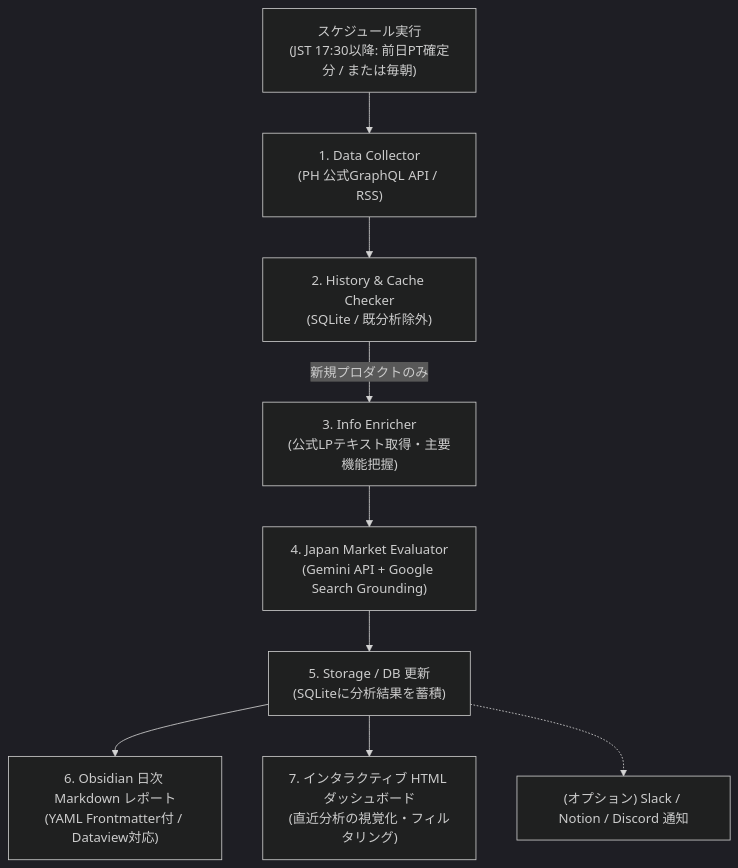
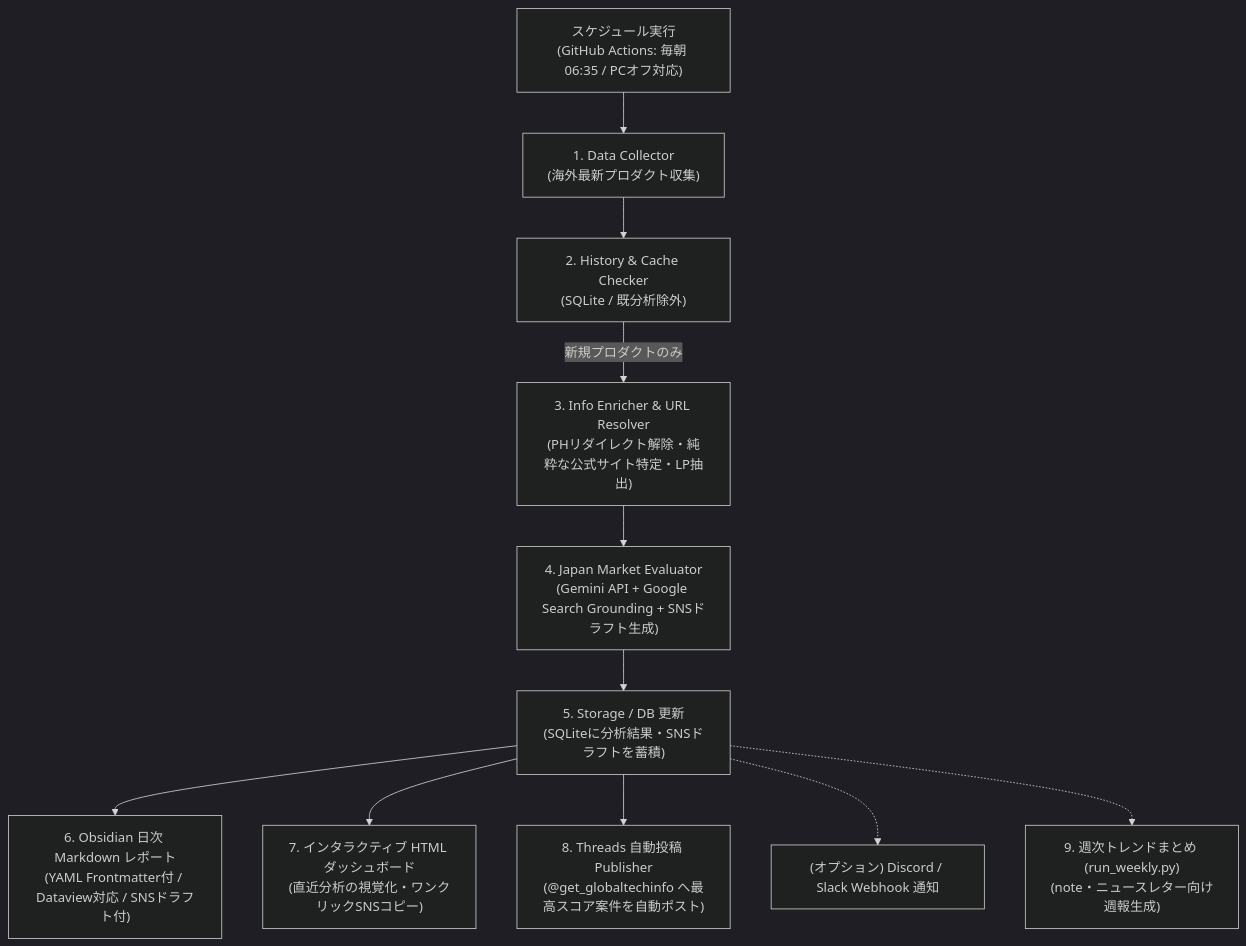
One commit to yugom2o/ph-dashboard changed the diagram in 00_システム設計・実装計画.md. Above: the diagram before and after it, drawn with Mermaid (dark theme). The commit also changed other lines of this file, not shown here.

````diff
--- a/00_システム設計・実装計画.md
+++ b/00_システム設計・実装計画.md
@@ -9,11 +9,13 @@
 ```mermaid
 flowchart TD
-    A["スケジュール実行\n(JST 17:30以降: 前日PT確定分 / または毎朝)"] --> B["1. Data Collector\n(PH 公式GraphQL API / RSS)"]
+    A["スケジュール実行\n(GitHub Actions: 毎朝 06:35 / PCオフ対応)"] --> B["1. Data Collector\n(海外最新プロダクト収集)"]
     B --> C["2. History & Cache Checker\n(SQLite / 既分析除外)"]
-    C -->|"新規プロダクトのみ"| D["3. Info Enricher\n(公式LPテキスト取得・主要機能把握)"]
-    D --> E["4. Japan Market Evaluator\n(Gemini API + Google Search Grounding)"]
-    E --> F["5. Storage / DB 更新\n(SQLiteに分析結果を蓄積)"]
-    F --> G["6. Obsidian 日次 Markdown レポート\n(YAML Frontmatter付 / Dataview対応)"]
-    F --> H["7. インタラクティブ HTML ダッシュボード\n(直近分析の視覚化・フィルタリング)"]
-    F -.-> I["(オプション) Slack / Notion / Discord 通知"]
+    C -->|"新規プロダクトのみ"| D["3. Info Enricher & URL Resolver\n(PHリダイレクト解除・純粋な公式サイト特定・LP抽出)"]
+    D --> E["4. Japan Market Evaluator\n(Gemini API + Google Search Grounding + SNSドラフト生成)"]
+    E --> F["5. Storage / DB 更新\n(SQLiteに分析結果・SNSドラフトを蓄積)"]
+    F --> G["6. Obsidian 日次 Markdown レポート\n(YAML Frontmatter付 / Dataview対応 / SNSドラフト付)"]
+    F --> H["7. インタラクティブ HTML ダッシュボード\n(直近分析の視覚化・ワンクリックSNSコピー)"]
+    F --> J["8. Threads 自動投稿 Publisher\n(@get_globaltechinfo へ最高スコア案件を自動ポスト)"]
+    F -.-> I["(オプション) Discord / Slack Webhook 通知"]
+    F -.-> K["9. 週次トレンドまとめ (run_weekly.py)\n(note・ニュースレター向け週報生成)"]
 ```
````
